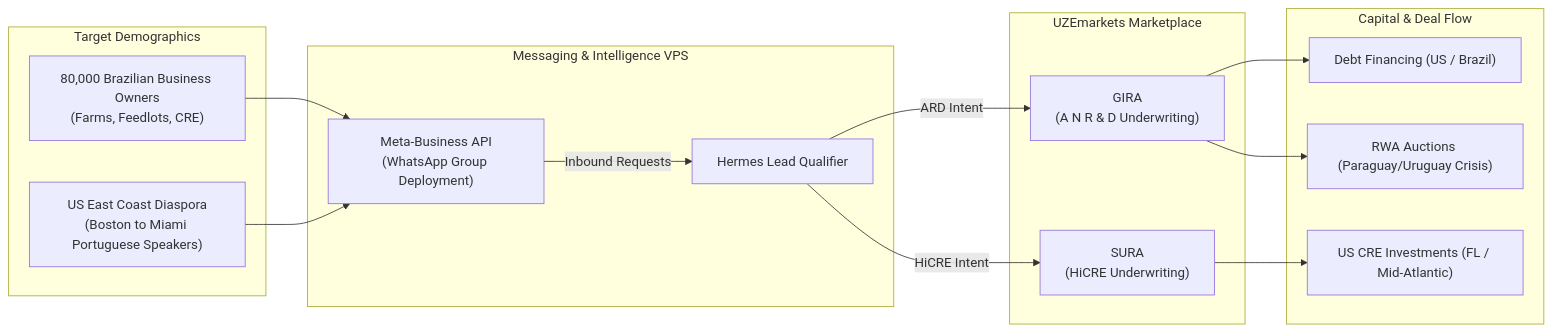
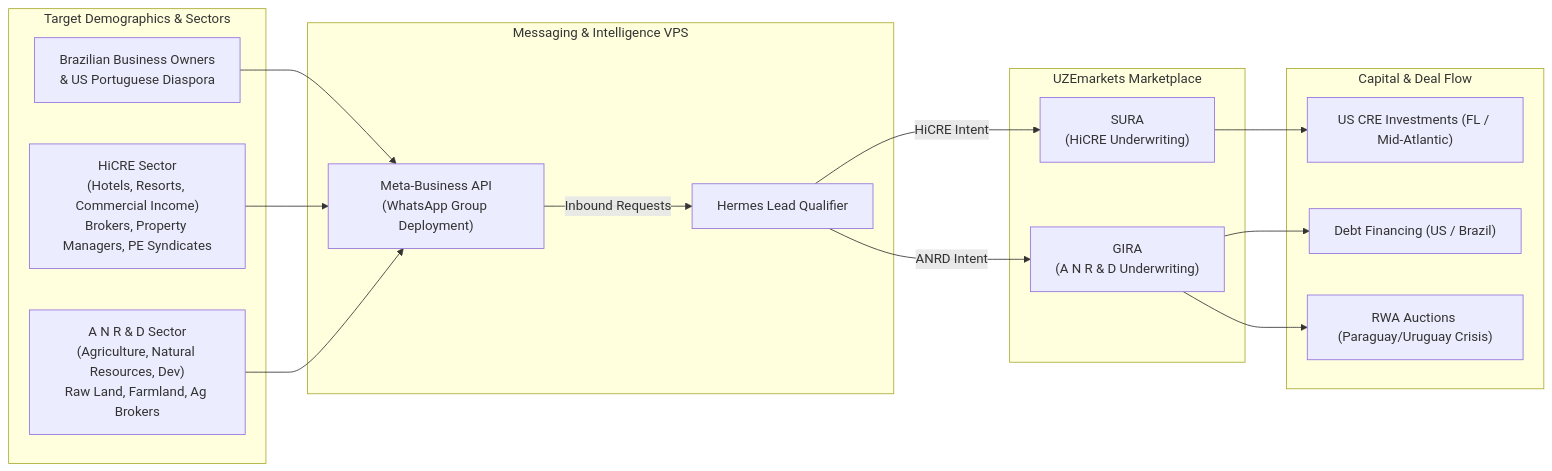
One commit to DEVBUILDSTACK/UZE changed the diagram in docs/diagrams/09-whatsapp-business-flow.md. Above: the diagram before and after it, drawn with Mermaid. The commit also changed other lines of this file and 1 other file, not shown here.

Commit message:
diagrams: 09 v2 — segmented targets (population + HiCRE + ANR&D sectors), render replaced (James)

````diff
--- a/docs/diagrams/09-whatsapp-business-flow.md
+++ b/docs/diagrams/09-whatsapp-business-flow.md
@@ -13,34 +14,43 @@
 ```mermaid
 flowchart LR
-    subgraph TARGETS["Target Demographics"]
-        T1["80,000 Brazilian Business Owners<br/>(Farms, Feedlots, CRE)"]
-        T2["US East Coast Diaspora<br/>(Boston to Miami Portuguese Speakers)"]
+    subgraph TARGETS["Target Demographics & Sectors"]
+        T1["Brazilian Business Owners<br/>& US Portuguese Diaspora"]
+
+        T2["HiCRE Sector<br/>(Hotels, Resorts, Commercial Income)<br/>Brokers, Property Managers, PE Syndicates"]
+
+        T3["A N R & D Sector<br/>(Agriculture, Natural Resources, Dev)<br/>Raw Land, Farmland, Ag Brokers"]
     end
 
     subgraph FUNNEL["Messaging & Intelligence VPS"]
         META["Meta-Business API<br/>(WhatsApp Group Deployment)"]
         HERMES["Hermes Lead Qualifier"]
     end
 
     subgraph CORE["UZEmarkets Marketplace"]
+        SURA["SURA<br/>(HiCRE Underwriting)"]
         GIRA["GIRA<br/>(A N R & D Underwriting)"]
-        SURA["SURA<br/>(HiCRE Underwriting)"]
     end
 
     subgraph OUTPUTS["Capital & Deal Flow"]
+        US_RE["US CRE Investments (FL / Mid-Atlantic)"]
         LOANS["Debt Financing (US / Brazil)"]
         AUCTION["RWA Auctions (Paraguay/Uruguay Crisis)"]
-        US_RE["US CRE Investments (FL / Mid-Atlantic)"]
     end
 
+    %% Routing to WhatsApp
     T1 --> META
     T2 --> META
+    T3 --> META
+
+    %% Into the MIV
     META -->|"Inbound Requests"| HERMES
 
-    HERMES -->|"ARD Intent"| GIRA
+    %% Intent Routing
     HERMES -->|"HiCRE Intent"| SURA
+    HERMES -->|"ANRD Intent"| GIRA
 
+    %% Output Routing
+    SURA --> US_RE
     GIRA --> LOANS
     GIRA --> AUCTION
-    SURA --> US_RE
 ```
````
